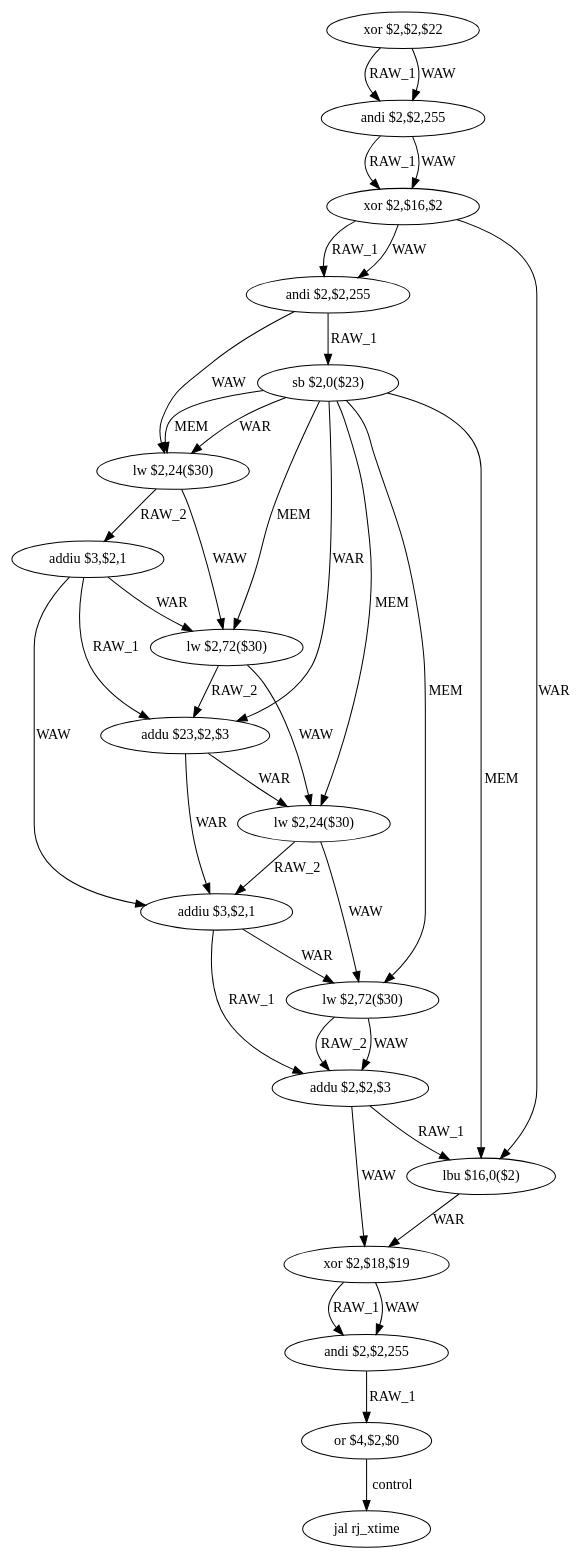
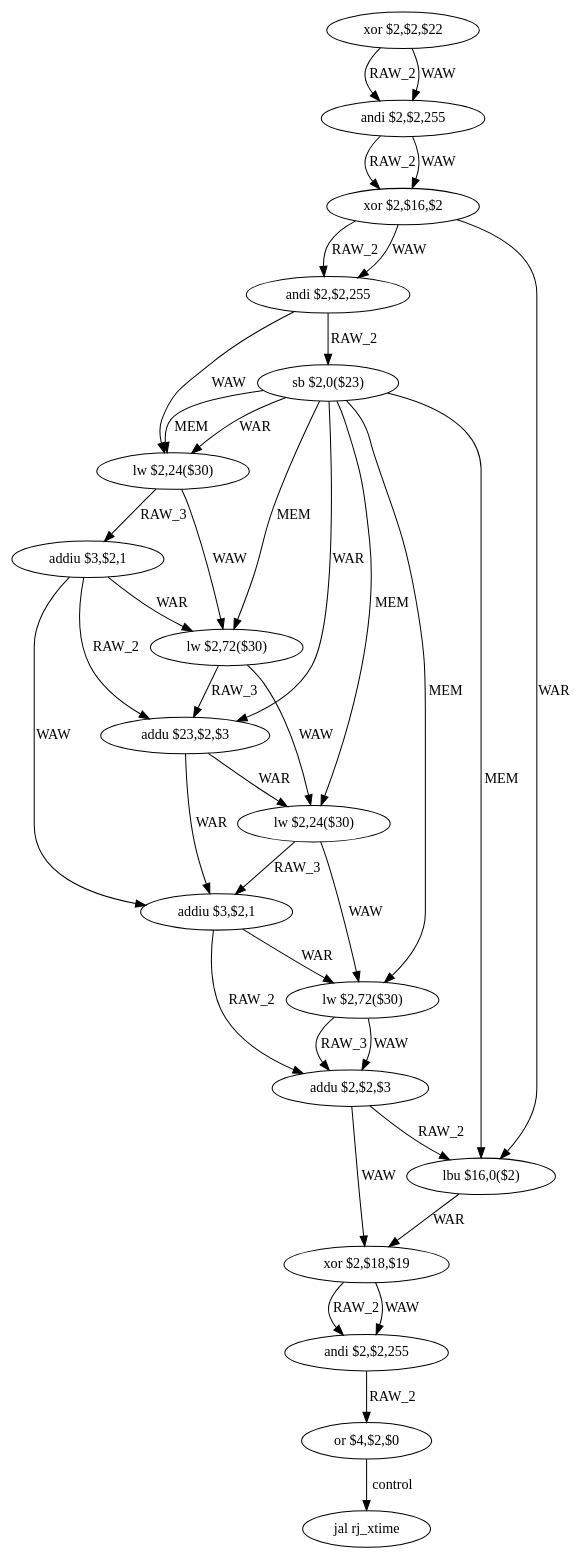
Before and after one commit to Shaolans/CA_CFG_ASM: the diagram in CodeEtudiant/tmp/_func_8_dfg_bb7.dot, drawn with Graphviz. The commit also changed 145 other files, not shown here.

```diff
--- a/CodeEtudiant/tmp/_func_8_dfg_bb7.dot
+++ b/CodeEtudiant/tmp/_func_8_dfg_bb7.dot
@@ -1,59 +1,59 @@
 digraph G1 {
 node [shape = ellipse];
 i0 [label = "xor $2,$2,$22"] ;
-i0 ->  i1 [label= "RAW_1"];
+i0 ->  i1 [label= "RAW_2"];
 i0 ->  i1 [label= "WAW"];
 i1 [label = "andi $2,$2,255"] ;
-i1 ->  i2 [label= "RAW_1"];
+i1 ->  i2 [label= "RAW_2"];
 i1 ->  i2 [label= "WAW"];
 i2 [label = "xor $2,$16,$2"] ;
-i2 ->  i3 [label= "RAW_1"];
+i2 ->  i3 [label= "RAW_2"];
 i2 ->  i3 [label= "WAW"];
 i2 ->  i13 [label= "WAR"];
 i3 [label = "andi $2,$2,255"] ;
-i3 ->  i4 [label= "RAW_1"];
+i3 ->  i4 [label= "RAW_2"];
 i3 ->  i5 [label= "WAW"];
 i4 [label = "sb $2,0($23)"] ;
 i4 ->  i5 [label= "WAR"];
 i4 ->  i5 [label= "MEM"];
 i4 ->  i7 [label= "MEM"];
 i4 ->  i8 [label= "WAR"];
 i4 ->  i9 [label= "MEM"];
 i4 ->  i11 [label= "MEM"];
 i4 ->  i13 [label= "MEM"];
 i5 [label = "lw $2,24($30)"] ;
-i5 ->  i6 [label= "RAW_2"];
+i5 ->  i6 [label= "RAW_3"];
 i5 ->  i7 [label= "WAW"];
 i6 [label = "addiu $3,$2,1"] ;
 i6 ->  i7 [label= "WAR"];
-i6 ->  i8 [label= "RAW_1"];
+i6 ->  i8 [label= "RAW_2"];
 i6 ->  i10 [label= "WAW"];
 i7 [label = "lw $2,72($30)"] ;
-i7 ->  i8 [label= "RAW_2"];
+i7 ->  i8 [label= "RAW_3"];
 i7 ->  i9 [label= "WAW"];
 i8 [label = "addu $23,$2,$3"] ;
 i8 ->  i9 [label= "WAR"];
 i8 ->  i10 [label= "WAR"];
 i9 [label = "lw $2,24($30)"] ;
-i9 ->  i10 [label= "RAW_2"];
+i9 ->  i10 [label= "RAW_3"];
 i9 ->  i11 [label= "WAW"];
 i10 [label = "addiu $3,$2,1"] ;
 i10 ->  i11 [label= "WAR"];
-i10 ->  i12 [label= "RAW_1"];
+i10 ->  i12 [label= "RAW_2"];
 i11 [label = "lw $2,72($30)"] ;
-i11 ->  i12 [label= "RAW_2"];
+i11 ->  i12 [label= "RAW_3"];
 i11 ->  i12 [label= "WAW"];
 i12 [label = "addu $2,$2,$3"] ;
-i12 ->  i13 [label= "RAW_1"];
+i12 ->  i13 [label= "RAW_2"];
 i12 ->  i14 [label= "WAW"];
 i13 [label = "lbu $16,0($2)"] ;
 i13 ->  i14 [label= "WAR"];
 i14 [label = "xor $2,$18,$19"] ;
-i14 ->  i15 [label= "RAW_1"];
+i14 ->  i15 [label= "RAW_2"];
 i14 ->  i15 [label= "WAW"];
 i15 [label = "andi $2,$2,255"] ;
-i15 ->  i16 [label= "RAW_1"];
+i15 ->  i16 [label= "RAW_2"];
 i16 [label = "or $4,$2,$0"] ;
 i16 ->  i17 [label= "control"];
 i17 [label = "jal rj_xtime"] ;
 }
```
